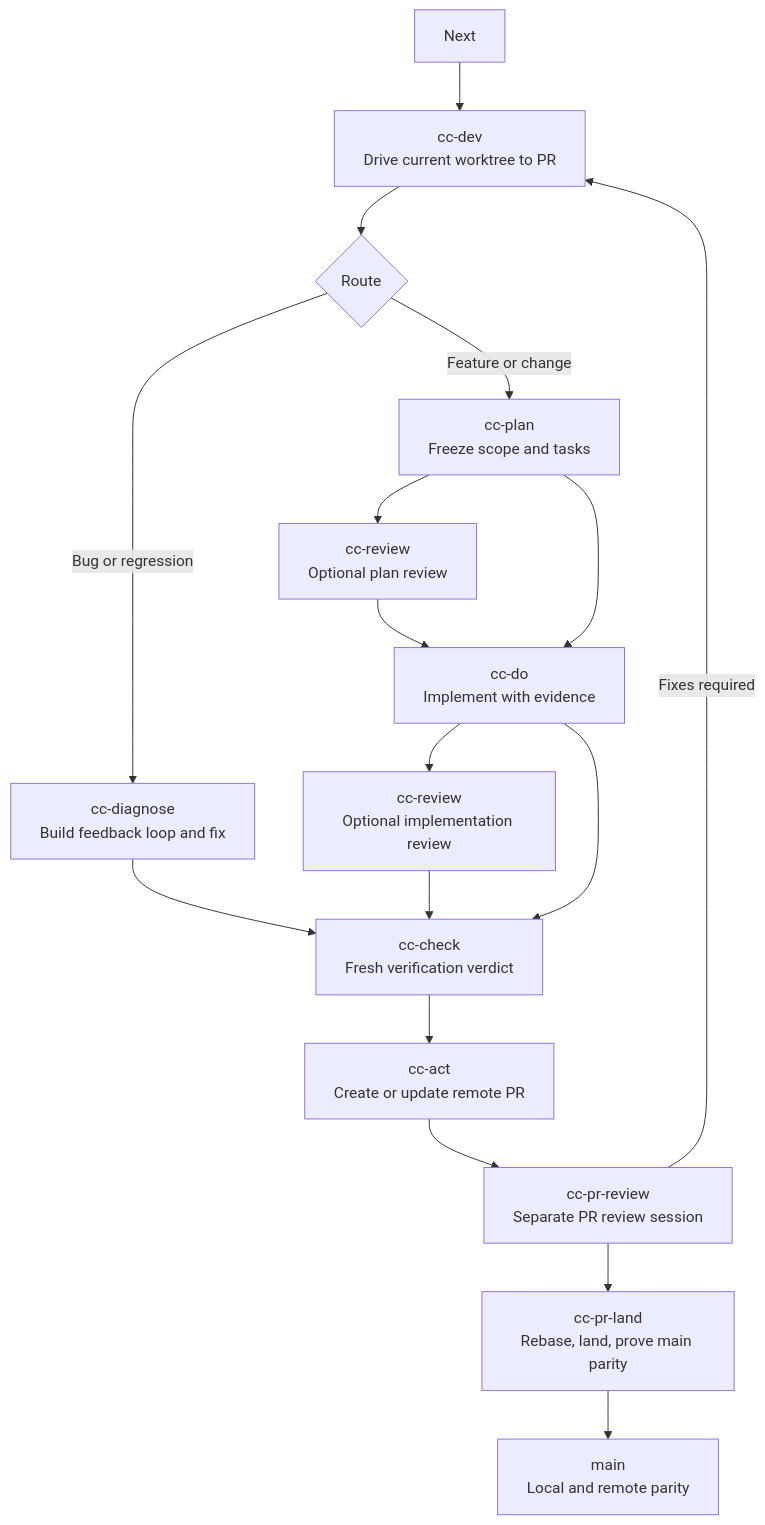
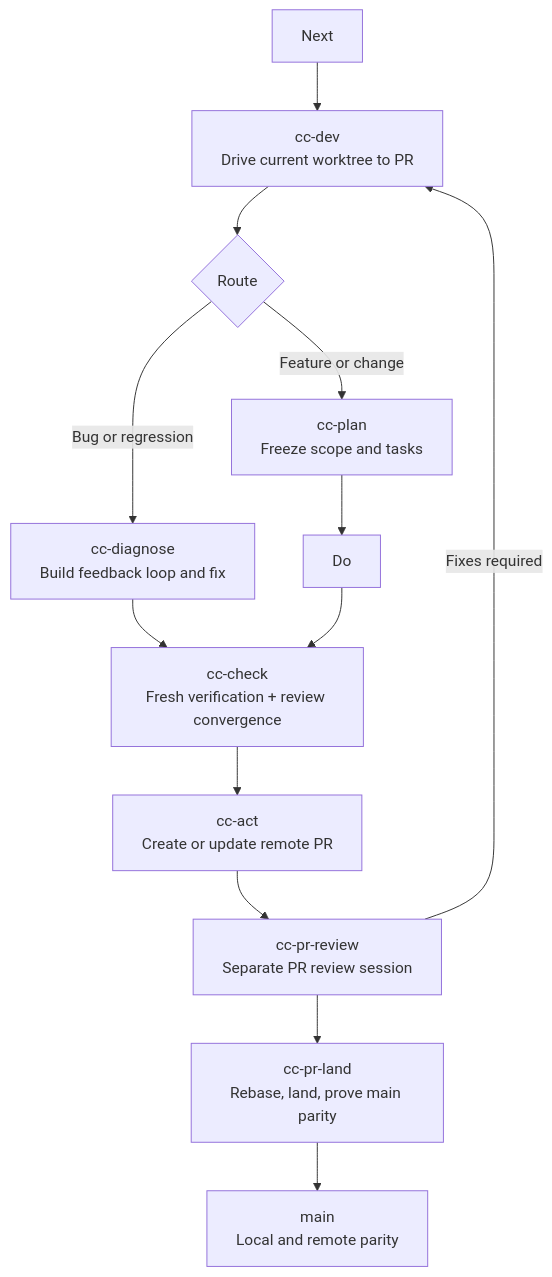
Before and after one commit to Dimon94/cc-devflow: the diagram in README.md, drawn with Mermaid. The commit also changed other lines of this file and 19 other files, not shown here.

First line of the commit message:
feat(check): 将 review 收敛并入 cc-check

````diff
--- a/README.md
+++ b/README.md
@@ -64,22 +64,18 @@
 ```mermaid
 flowchart TD
   Next --> Dev["cc-dev\nDrive current worktree to PR"]
 
   Dev --> Route{"Route"}
   Route -->|Feature or change| Plan["cc-plan\nFreeze scope and tasks"]
   Route -->|Bug or regression| Diagnose["cc-diagnose\nBuild feedback loop and fix"]
 
-  Plan --> PlanReview["cc-review\nOptional plan review"]
-  PlanReview --> Do["cc-do\nImplement with evidence"]
   Plan --> Do
   Diagnose --> Check
 
-  Do --> ImplReview["cc-review\nOptional implementation review"]
-  ImplReview --> Check["cc-check\nFresh verification verdict"]
-  Do --> Check
+  Do --> Check["cc-check\nFresh verification + review convergence"]
   Check --> Act["cc-act\nCreate or update remote PR"]
   Act --> PRReview["cc-pr-review\nSeparate PR review session"]
   PRReview --> PRLand["cc-pr-land\nRebase, land, prove main parity"]
   PRReview -->|Fixes required| Dev
   PRLand --> Main["main\nLocal and remote parity"]
 ```
````
